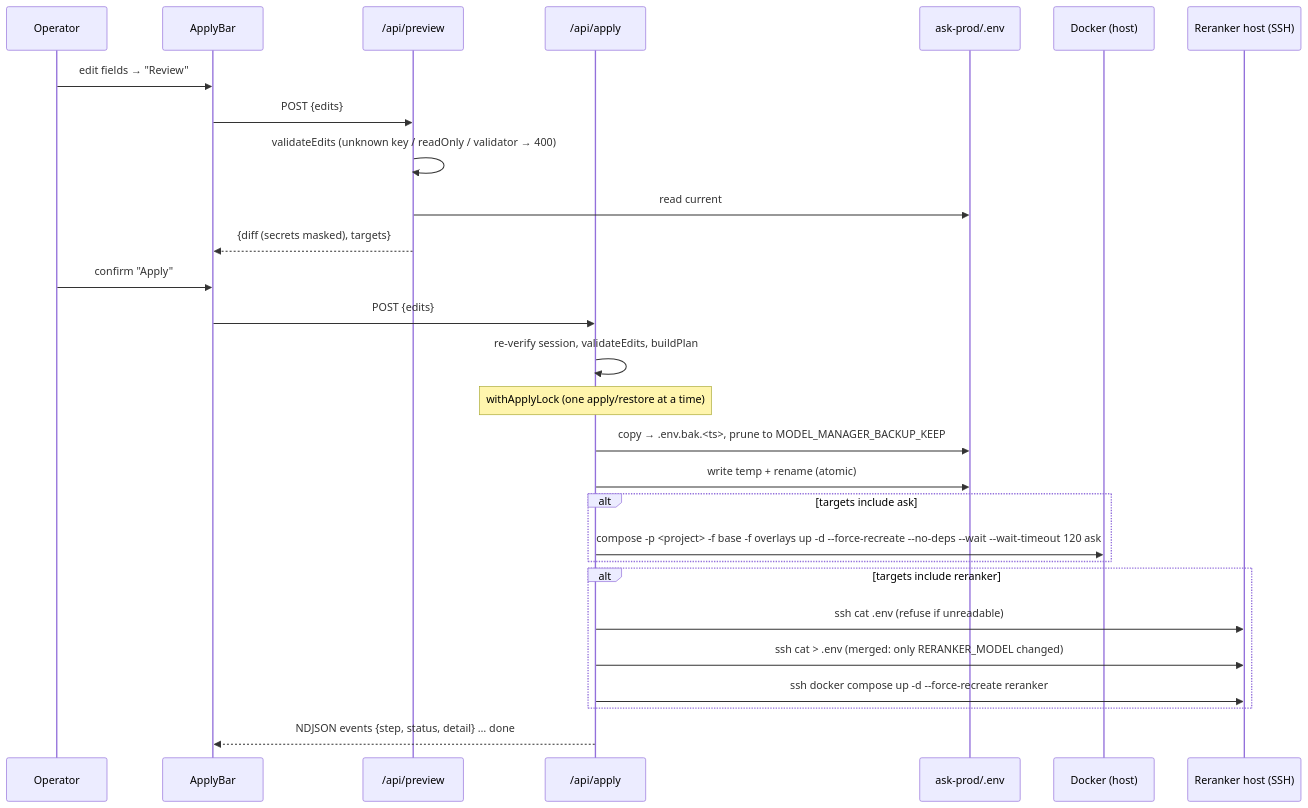
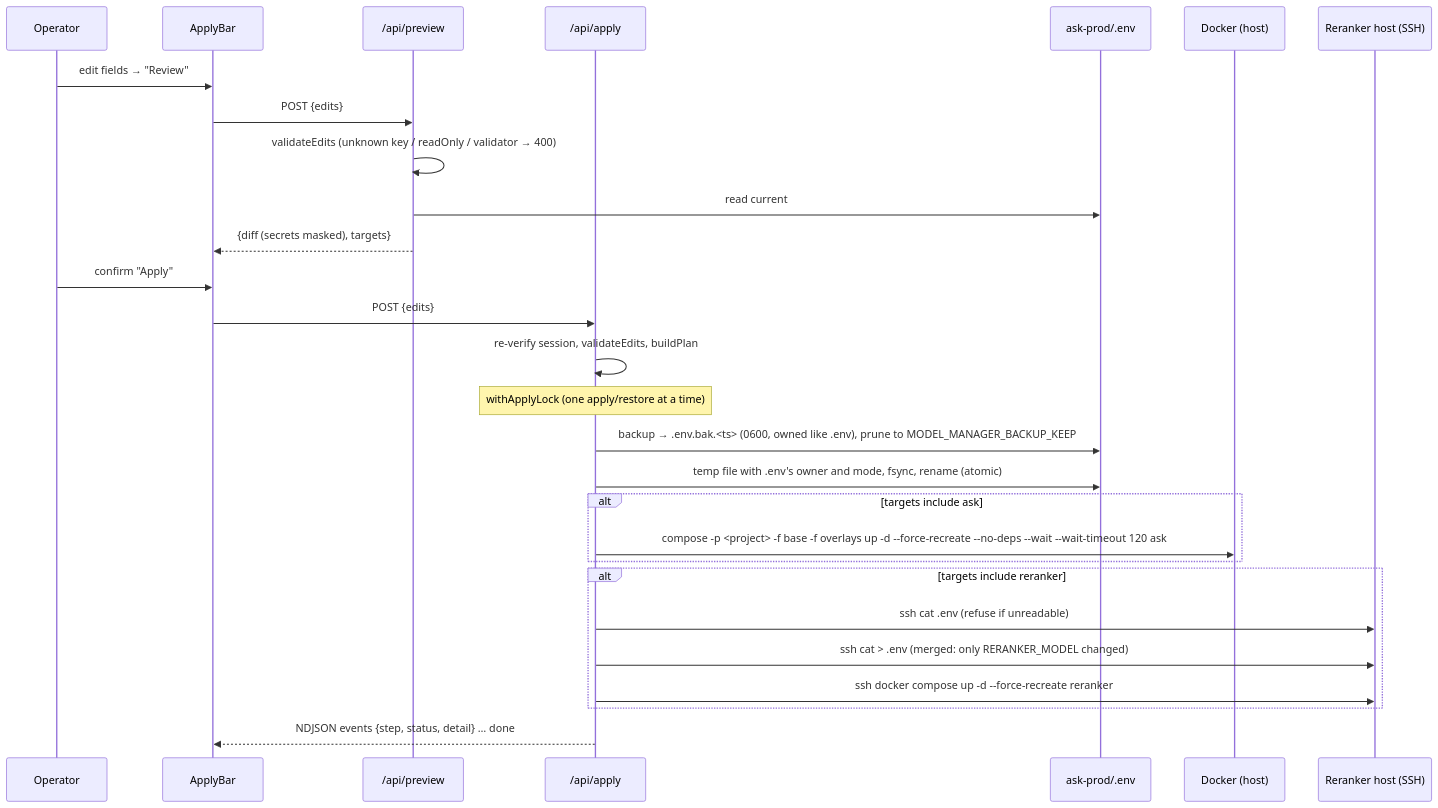
Before and after one commit to hbqdev/ask: the third of 3 diagrams in docs-site/docs/infrastructure/model-manager.md, drawn with Mermaid. The commit also changed other lines of this file and 16 other files, not shown here.

Commit message:
docs: recall pool 8, streaming-link and header fixes, Model Manager ownership/booleans (2026-09-25)

````diff
--- a/docs-site/docs/infrastructure/model-manager.md
+++ b/docs-site/docs/infrastructure/model-manager.md
@@ -306,30 +369,30 @@
 ```mermaid
 sequenceDiagram
   participant U as Operator
   participant UI as ApplyBar
   participant PV as /api/preview
   participant AP as /api/apply
   participant FS as ask-prod/.env
   participant D as Docker (host)
   participant R as Reranker host (SSH)
   U->>UI: edit fields → "Review"
   UI->>PV: POST {edits}
   PV->>PV: validateEdits (unknown key / readOnly / validator → 400)
   PV->>FS: read current
   PV-->>UI: {diff (secrets masked), targets}
   U->>UI: confirm "Apply"
   UI->>AP: POST {edits}
   AP->>AP: re-verify session, validateEdits, buildPlan
   Note over AP: withApplyLock (one apply/restore at a time)
-  AP->>FS: copy → .env.bak.<ts>, prune to MODEL_MANAGER_BACKUP_KEEP
-  AP->>FS: write temp + rename (atomic)
+  AP->>FS: backup → .env.bak.<ts> (0600, owned like .env), prune to MODEL_MANAGER_BACKUP_KEEP
+  AP->>FS: temp file with .env's owner and mode, fsync, rename (atomic)
   alt targets include ask
     AP->>D: compose -p <project> -f base -f overlays up -d --force-recreate --no-deps --wait --wait-timeout 120 ask
   end
   alt targets include reranker
     AP->>R: ssh cat .env (refuse if unreadable)
     AP->>R: ssh cat > .env (merged: only RERANKER_MODEL changed)
     AP->>R: ssh docker compose up -d --force-recreate reranker
   end
   AP-->>UI: NDJSON events {step, status, detail} … done
 ```
````
